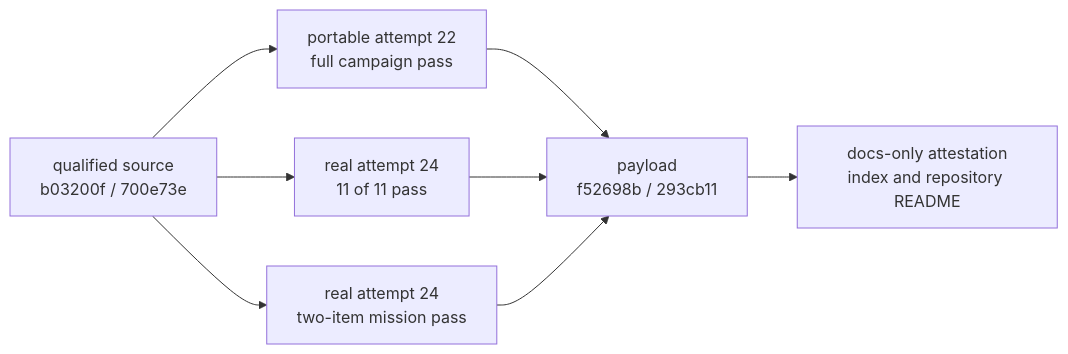
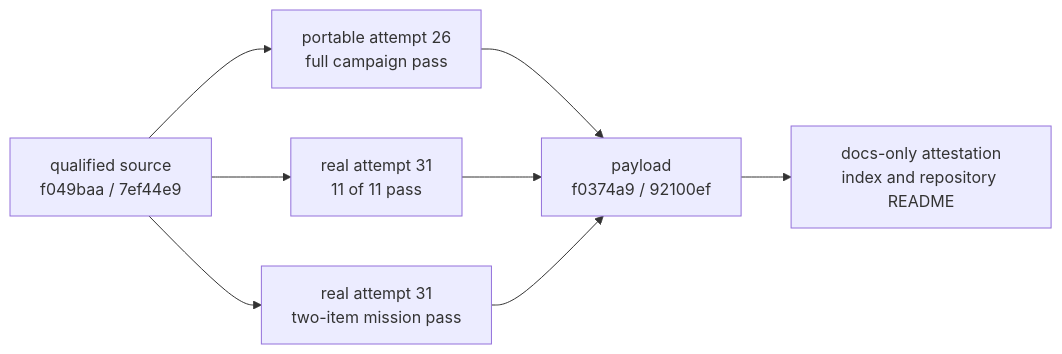
Before and after one commit to Ivan-Melck/spec-kitty-go: the diagram in docs/phase3-evidence/README.md, drawn with Mermaid. The commit also changed other lines of this file and 1 other file, not shown here.

````diff
--- a/docs/phase3-evidence/README.md
+++ b/docs/phase3-evidence/README.md
@@ -47,17 +48,17 @@
 ```mermaid
 flowchart LR
-    Source["qualified source<br/>b03200f / 700e73e"]
-    Portable["portable attempt 22<br/>full campaign pass"]
-    Provider["real attempt 24<br/>11 of 11 pass"]
-    Mission["real attempt 24<br/>two-item mission pass"]
-    Payload["payload<br/>f52698b / 293cb11"]
+    Source["qualified source<br/>f049baa / 7ef44e9"]
+    Portable["portable attempt 26<br/>full campaign pass"]
+    Provider["real attempt 31<br/>11 of 11 pass"]
+    Mission["real attempt 31<br/>two-item mission pass"]
+    Payload["payload<br/>f0374a9 / 92100ef"]
     Attest["docs-only attestation<br/>index and repository README"]
 
     Source --> Portable
     Source --> Provider
     Source --> Mission
     Portable --> Payload
     Provider --> Payload
     Mission --> Payload
     Payload --> Attest
 ```
````
